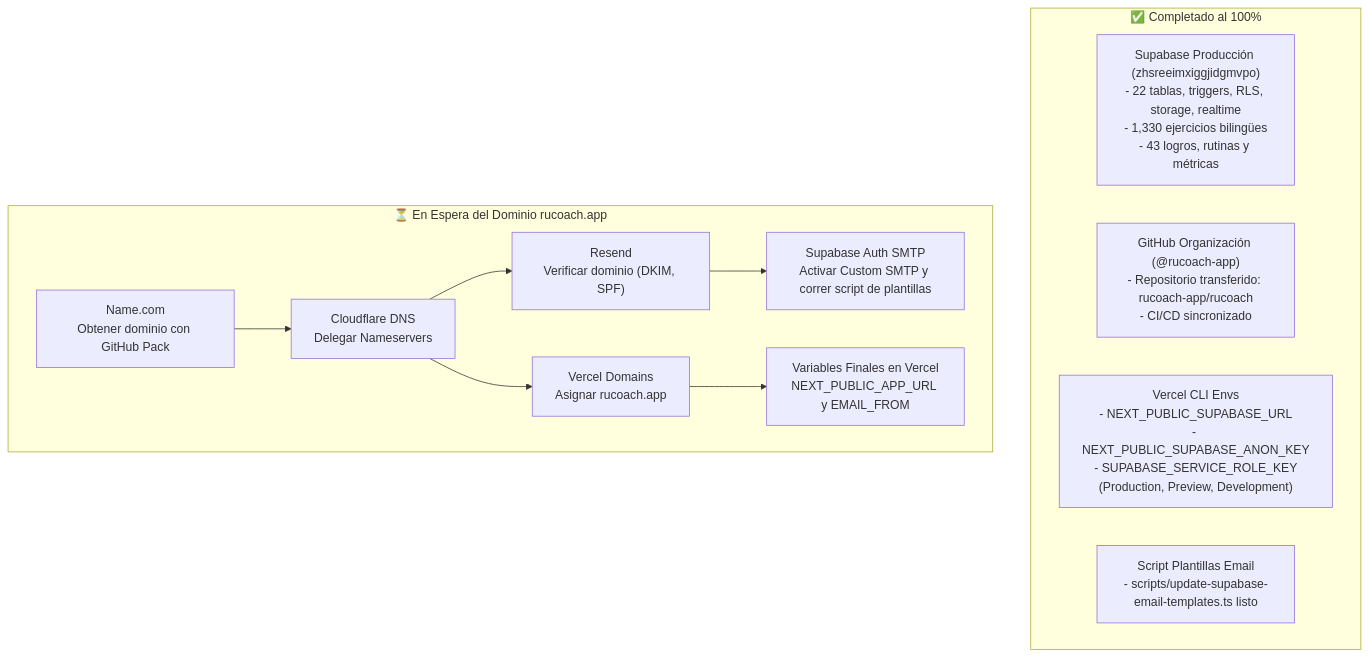
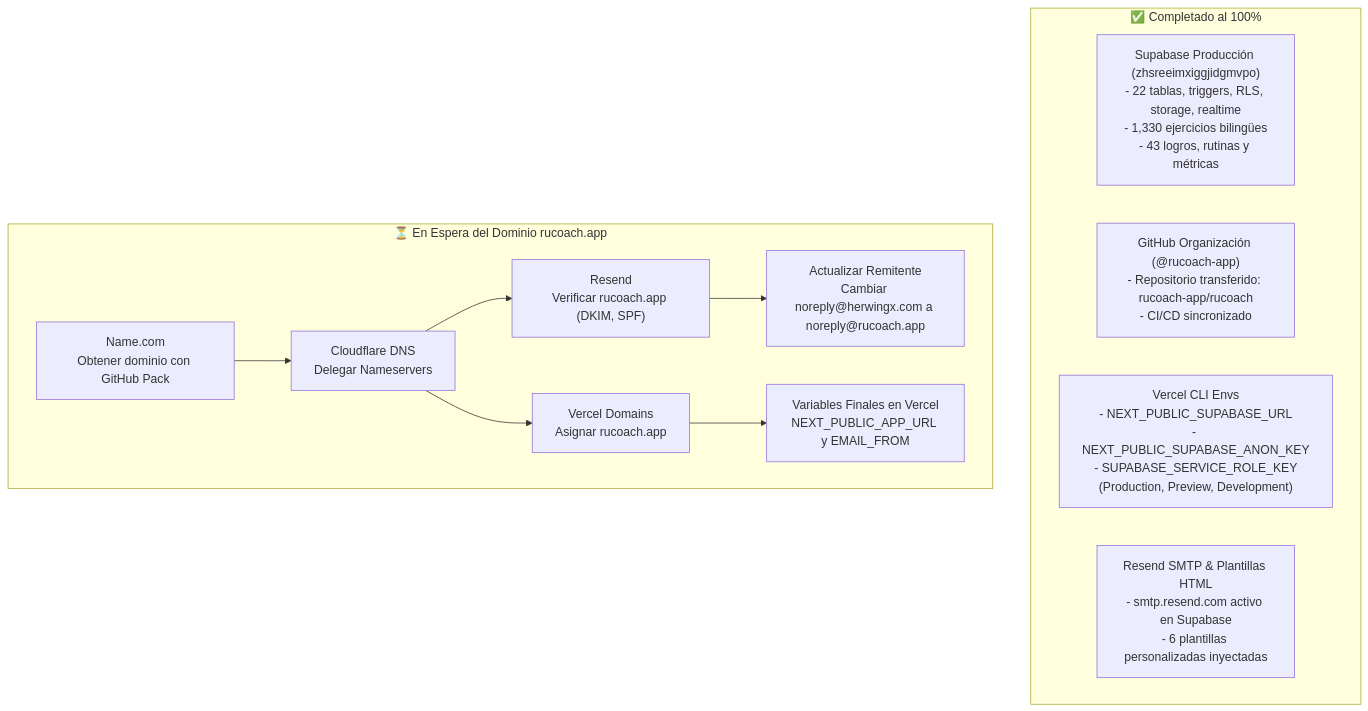
The diagram in docs/MIGRACION_PRODUCCION_RUCOACH_APP.md (rucoach-app/rucoach), drawn with Mermaid before and after one commit. The commit also changed other lines of this file, not shown here.

Commit message:
docs: mark Resend SMTP and HTML email templates as completed

````diff
--- a/docs/MIGRACION_PRODUCCION_RUCOACH_APP.md
+++ b/docs/MIGRACION_PRODUCCION_RUCOACH_APP.md
@@ -9,17 +9,17 @@
 ```mermaid
 flowchart TD
     subgraph COMPLETADO["✅ Completado al 100%"]
         A["Supabase Producción (zhsreeimxiggjidgmvpo)\n- 22 tablas, triggers, RLS, storage, realtime\n- 1,330 ejercicios bilingües\n- 43 logros, rutinas y métricas"]
         B["GitHub Organización (@rucoach-app)\n- Repositorio transferido: rucoach-app/rucoach\n- CI/CD sincronizado"]
         C["Vercel CLI Envs\n- NEXT_PUBLIC_SUPABASE_URL\n- NEXT_PUBLIC_SUPABASE_ANON_KEY\n- SUPABASE_SERVICE_ROLE_KEY\n(Production, Preview, Development)"]
-        D["Script Plantillas Email\n- scripts/update-supabase-email-templates.ts listo"]
+        D["Resend SMTP & Plantillas HTML\n- smtp.resend.com activo en Supabase\n- 6 plantillas personalizadas inyectadas"]
     end
 
     subgraph PENDIENTE["⏳ En Espera del Dominio rucoach.app"]
         E["Name.com\nObtener dominio con GitHub Pack"] --> F["Cloudflare DNS\nDelegar Nameservers"]
-        F --> G["Resend\nVerificar dominio (DKIM, SPF)"]
-        G --> H["Supabase Auth SMTP\nActivar Custom SMTP y correr script de plantillas"]
+        F --> G["Resend\nVerificar rucoach.app (DKIM, SPF)"]
+        G --> H["Actualizar Remitente\nCambiar noreply@herwingx.com a noreply@rucoach.app"]
         F --> I["Vercel Domains\nAsignar rucoach.app"]
         I --> J["Variables Finales en Vercel\nNEXT_PUBLIC_APP_URL y EMAIL_FROM"]
     end
 ```
````
